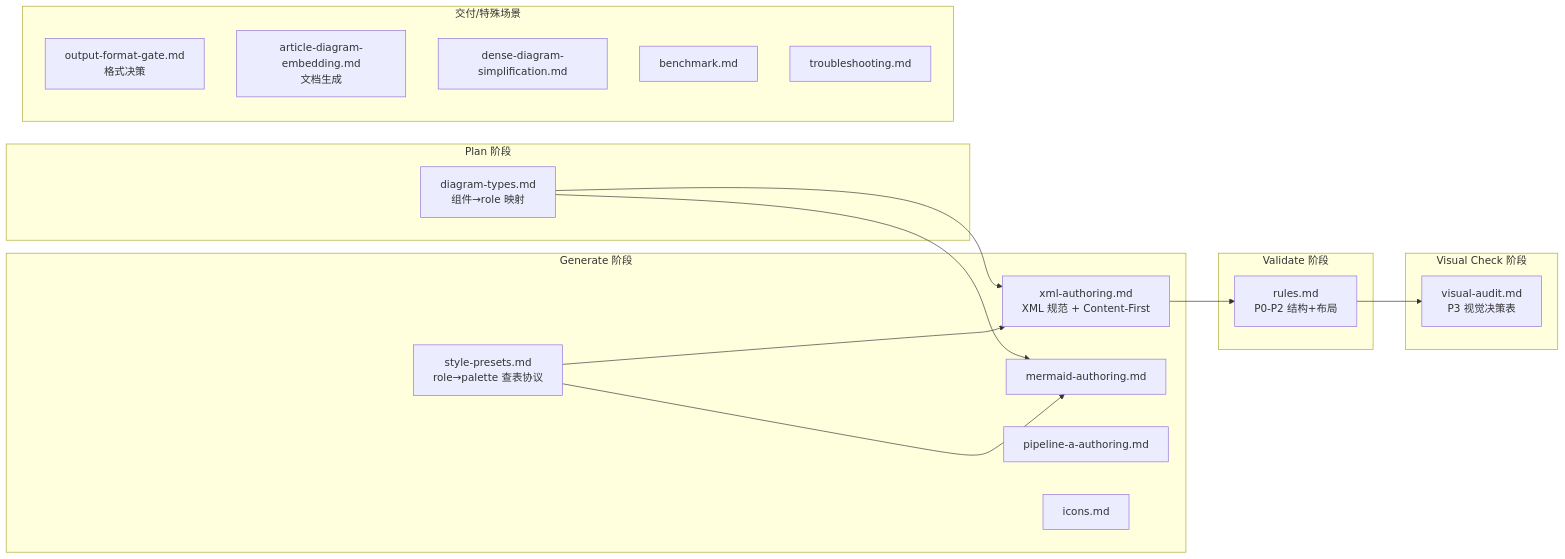
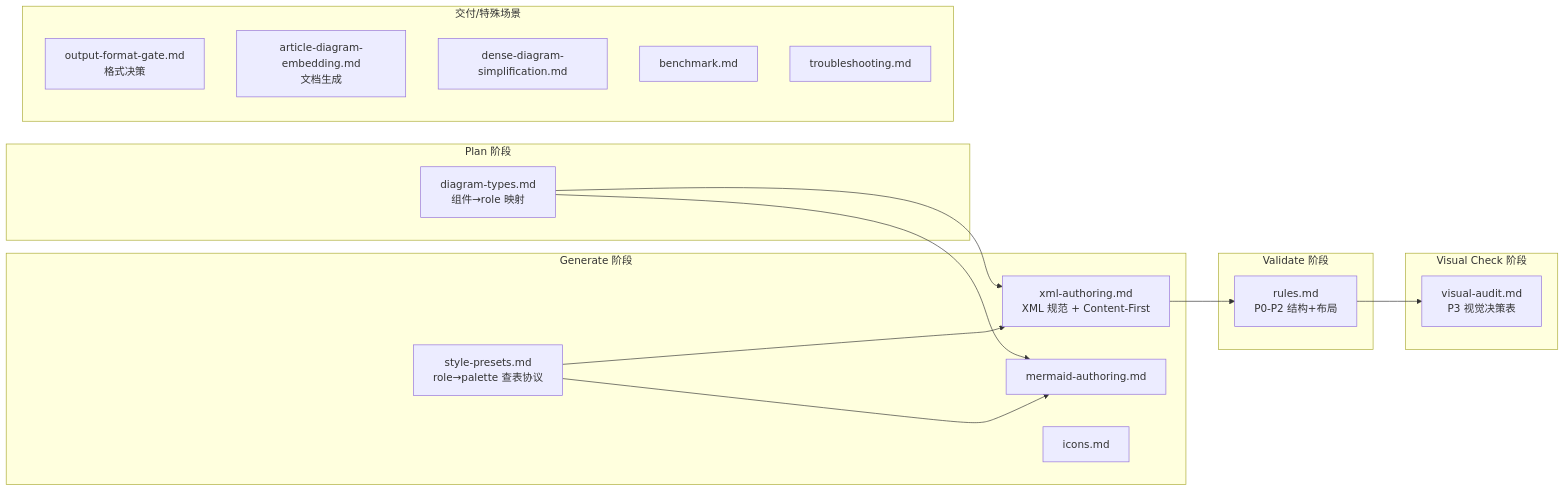
Before and after one commit to SuRisheng/xiaosu-draw-ai: the fourth of 4 diagrams in doc/DESIGN.md, drawn with Mermaid. The commit also changed other lines of this file and 4 other files, not shown here.

````diff
--- a/doc/DESIGN.md
+++ b/doc/DESIGN.md
@@ -346,32 +345,31 @@
 ```mermaid
 flowchart LR
     subgraph Plan[Plan 阶段]
         DT[diagram-types.md<br/>组件→role 映射]
     end
     subgraph Generate[Generate 阶段]
         SP[style-presets.md<br/>role→palette 查表协议]
         XA[xml-authoring.md<br/>XML 规范 + Content-First]
         MA[mermaid-authoring.md]
-        PA[pipeline-a-authoring.md]
         IC[icons.md]
     end
     subgraph Validate[Validate 阶段]
         RL[rules.md<br/>P0-P2 结构+布局]
     end
     subgraph Visual[Visual Check 阶段]
         VA[visual-audit.md<br/>P3 视觉决策表]
     end
     subgraph Special[交付/特殊场景]
         FE[output-format-gate.md<br/>格式决策]
         AE[article-diagram-embedding.md<br/>文档生成]
         DD[dense-diagram-simplification.md]
         BM[benchmark.md]
         TB[troubleshooting.md]
     end
     DT --> XA
     DT --> MA
     SP --> XA
     SP --> MA
     XA --> RL
     RL --> VA
 ```
````
